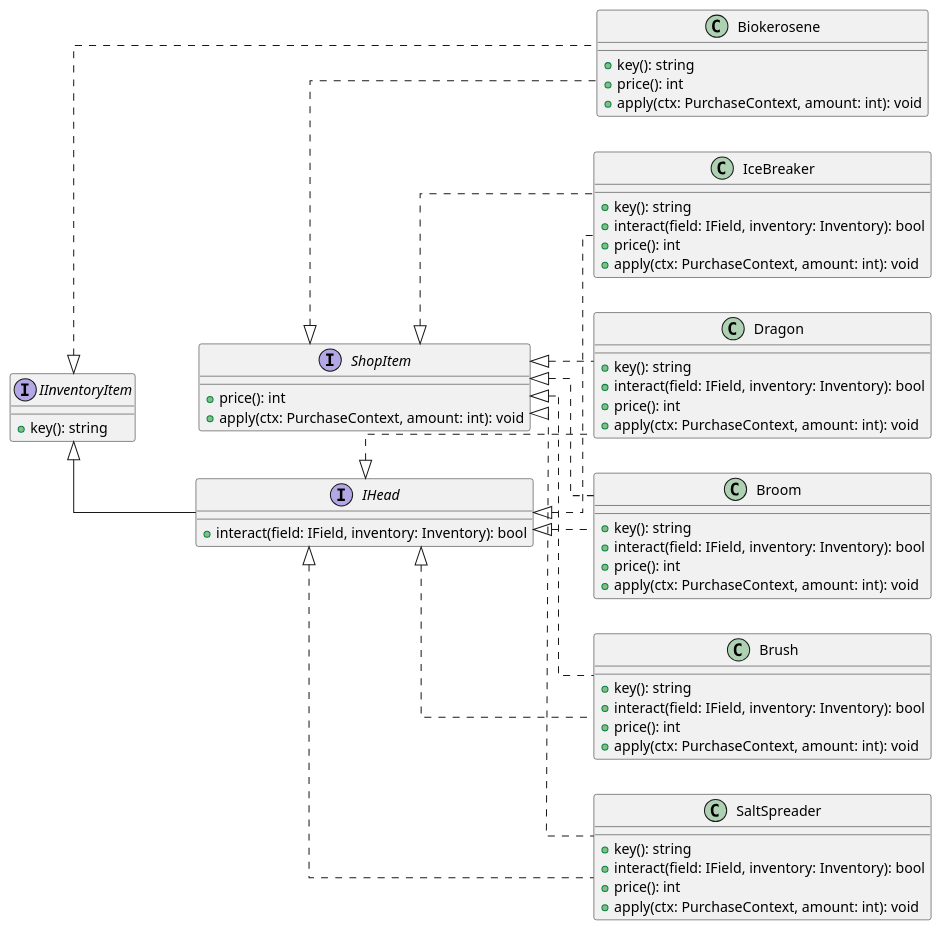
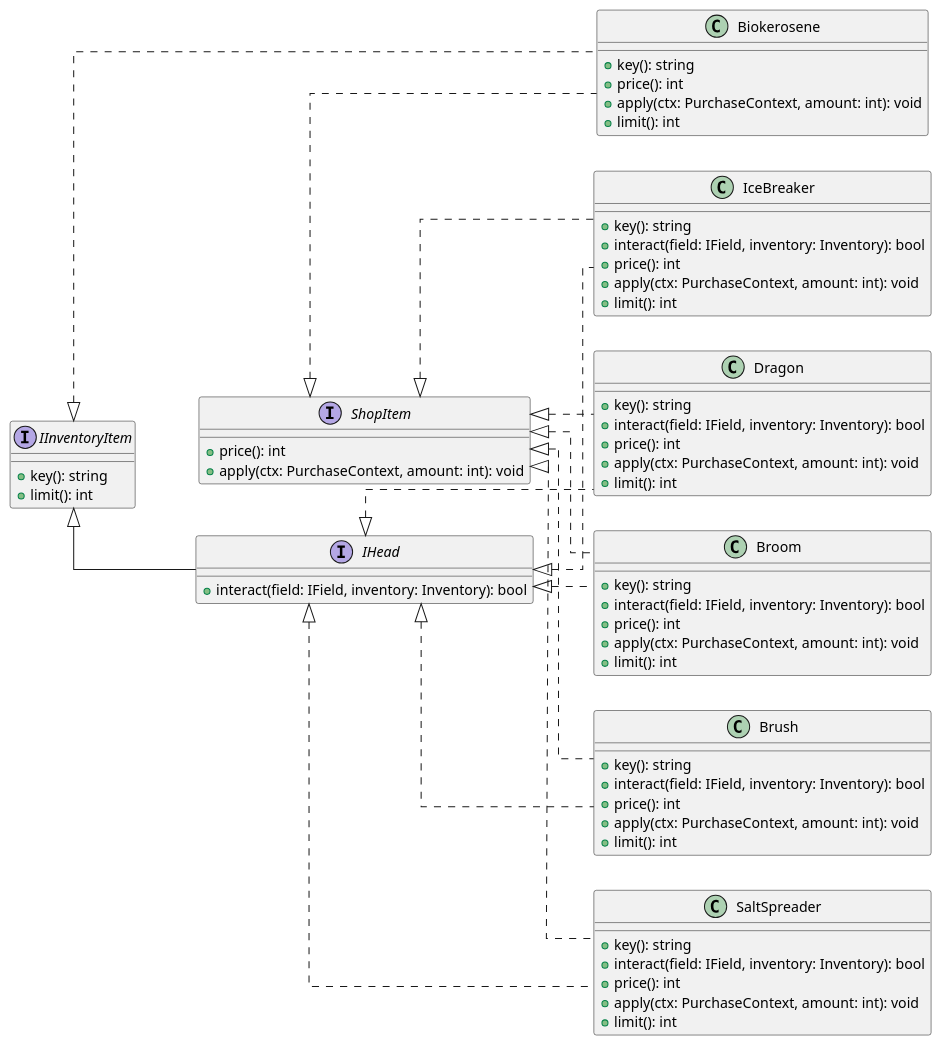
One commit to uhrinandor/spring changed the diagram in docs/analizis1/classdiagram/5.plantuml. Above: the diagram before and after it, drawn with PlantUML.

Commit message:
limits added to class diag

```diff
--- a/docs/analizis1/classdiagram/5.plantuml
+++ b/docs/analizis1/classdiagram/5.plantuml
@@ -1,77 +1,84 @@
 @startuml
 left to right direction
 
 skinparam linetype ortho
 
        interface IInventoryItem{
            + key(): string
+           + limit(): int
        }
 
 
        interface IHead implements IInventoryItem{
            + interact(field: IField, inventory: Inventory): bool
        }
 
 
 
  class Broom implements IHead, ShopItem
     {
     +key(): string
     +interact(field: IField, inventory: Inventory): bool
     +price(): int
     +apply(ctx: PurchaseContext, amount: int): void
+    + limit(): int
     }
     
     class Brush implements IHead, ShopItem
     {
     +key(): string
     +interact(field: IField, inventory: Inventory): bool
     +price(): int
     +apply(ctx: PurchaseContext, amount: int): void
+    + limit(): int
     }
     
     class SaltSpreader implements IHead, ShopItem
     {
     +key(): string
     +interact(field: IField, inventory: Inventory): bool
     +price(): int
     +apply(ctx: PurchaseContext, amount: int): void
+    + limit(): int
     }
     
     class IceBreaker implements IHead, ShopItem
     {
     +key(): string
     +interact(field: IField, inventory: Inventory): bool
     +price(): int
     +apply(ctx: PurchaseContext, amount: int): void
+    + limit(): int
     }
     
     class Dragon implements IHead, ShopItem
     {
     +key(): string
     +interact(field: IField, inventory: Inventory): bool
     +price(): int
     +apply(ctx: PurchaseContext, amount: int): void
+    + limit(): int
     }
 
 
 class Biokerosene implements IInventoryItem, ShopItem
     {
     +key(): string
     +price(): int
     +apply(ctx: PurchaseContext, amount: int): void
+    + limit(): int
     }
 
 
 
    interface ShopItem{
        + price(): int
        + apply(ctx: PurchaseContext, amount: int): void
    }
 
 
 
 
 
 
 @enduml
```
